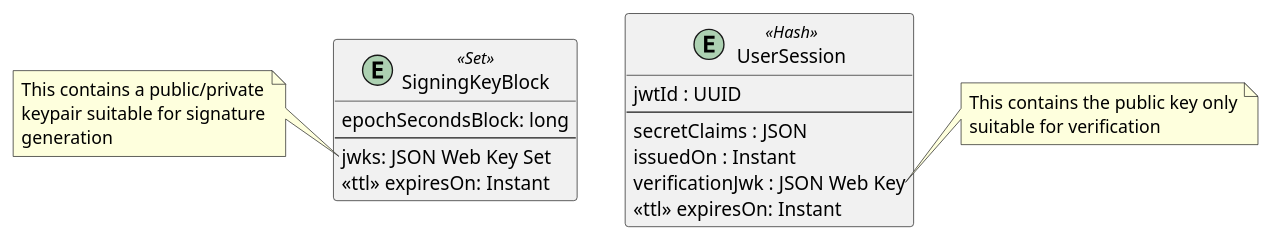
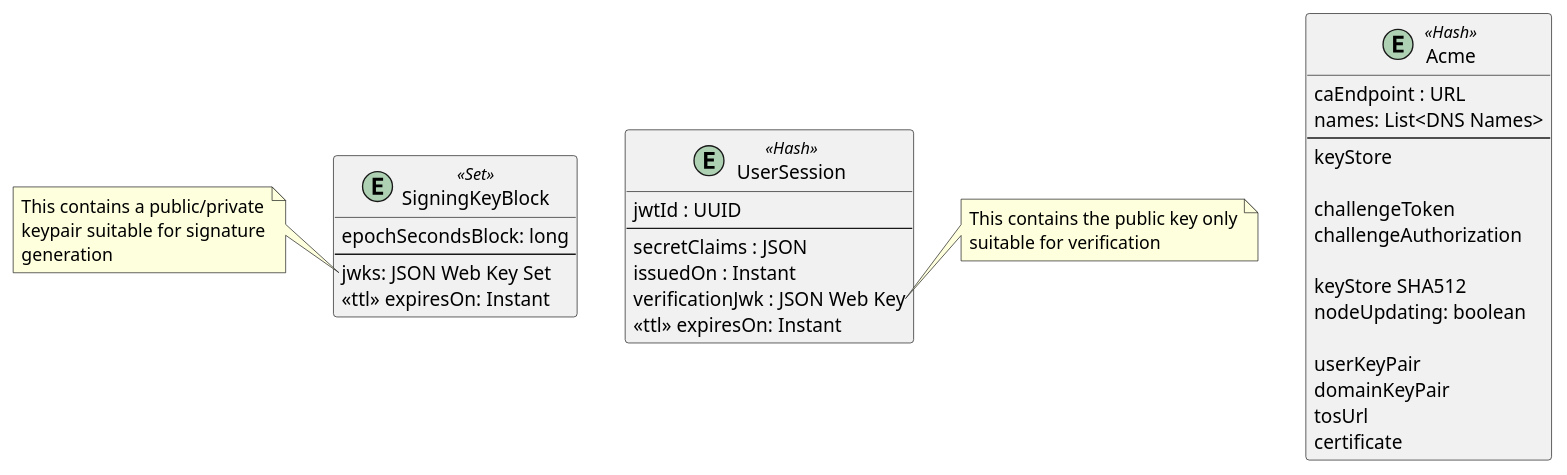
The diagram in src/puml/gateway-redis.puml (trajano/spring-cloud-demo), drawn with PlantUML before and after one commit. The commit also changed 4 other files, not shown here.

```diff
--- a/src/puml/gateway-redis.puml
+++ b/src/puml/gateway-redis.puml
@@ -1,26 +1,46 @@
 @startuml
 entity SigningKeyBlock <<Set>> {
   epochSecondsBlock: long
   --
   jwks: JSON Web Key Set
   <<ttl>> expiresOn: Instant
 }
 note left of SigningKeyBlock::jwks
 This contains a public/private
 keypair suitable for signature
 generation
 end note
+
 entity UserSession <<Hash>> {
   jwtId : UUID
   --
   secretClaims : JSON
   issuedOn : Instant
   verificationJwk : JSON Web Key
   <<ttl>> expiresOn: Instant
 }
 note right of UserSession::verificationJwk
 This contains the public key only
 suitable for verification
 end note
 
+
+entity Acme <<Hash>> {
+  caEndpoint : URL
+  names: List<DNS Names>
+  --
+  keyStore
+
+  challengeToken
+  challengeAuthorization
+
+  keyStore SHA512
+  nodeUpdating: boolean
+
+  userKeyPair
+  domainKeyPair
+  tosUrl
+  certificate
+}
+
 @enduml
```
